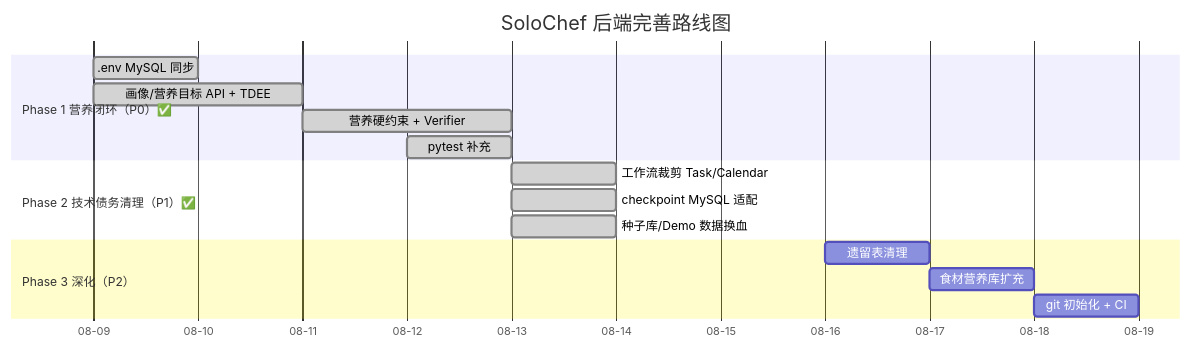
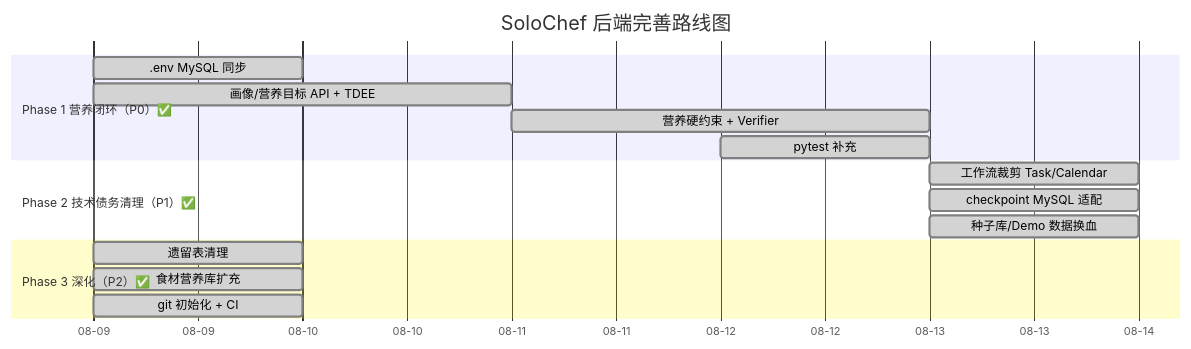
One commit to renyishu53/Sole-Cuisine changed diagram 11 of 11 in SoloChef 项目分析报告.md. Above: the diagram before and after it, drawn with Mermaid. The commit also changed other lines of this file, not shown here.

First line of the commit message:
docs: 同步更新 SoloChef 项目分析报告至 v9.0（Phase 3 完成）

````diff
--- a/SoloChef 项目分析报告.md
+++ b/SoloChef 项目分析报告.md
@@ -595,22 +606,22 @@
 ```mermaid
 gantt
     title SoloChef 后端完善路线图
     dateFormat YYYY-MM-DD
     axisFormat %m-%d
 
     section Phase 1 营养闭环（P0）✅
     .env MySQL 同步                :done, p1a, 2026-08-09, 0.5d
     画像/营养目标 API + TDEE        :done, p1b, 2026-08-09, 2d
     营养硬约束 + Verifier           :done, p1c, 2026-08-11, 1.5d
     pytest 补充                    :done, p1d, 2026-08-12, 0.5d
 
     section Phase 2 技术债务清理（P1）✅
     工作流裁剪 Task/Calendar       :done, p2a, 2026-08-13, 1d
     checkpoint MySQL 适配           :done, p2b, 2026-08-13, 0.5d
     种子库/Demo 数据换血            :done, p2c, 2026-08-13, 0.5d
 
-    section Phase 3 深化（P2）
-    遗留表清理                     :p3a, 2026-08-16, 1d
-    食材营养库扩充                  :p3b, 2026-08-17, 1d
-    git 初始化 + CI                :p3c, 2026-08-18, 0.5d
+    section Phase 3 深化（P2）✅
+    遗留表清理                     :done, p3a, 2026-08-09, 1d
+    食材营养库扩充                  :done, p3b, 2026-08-09, 1d
+    git 初始化 + CI                :done, p3c, 2026-08-09, 0.5d
 ```
````
